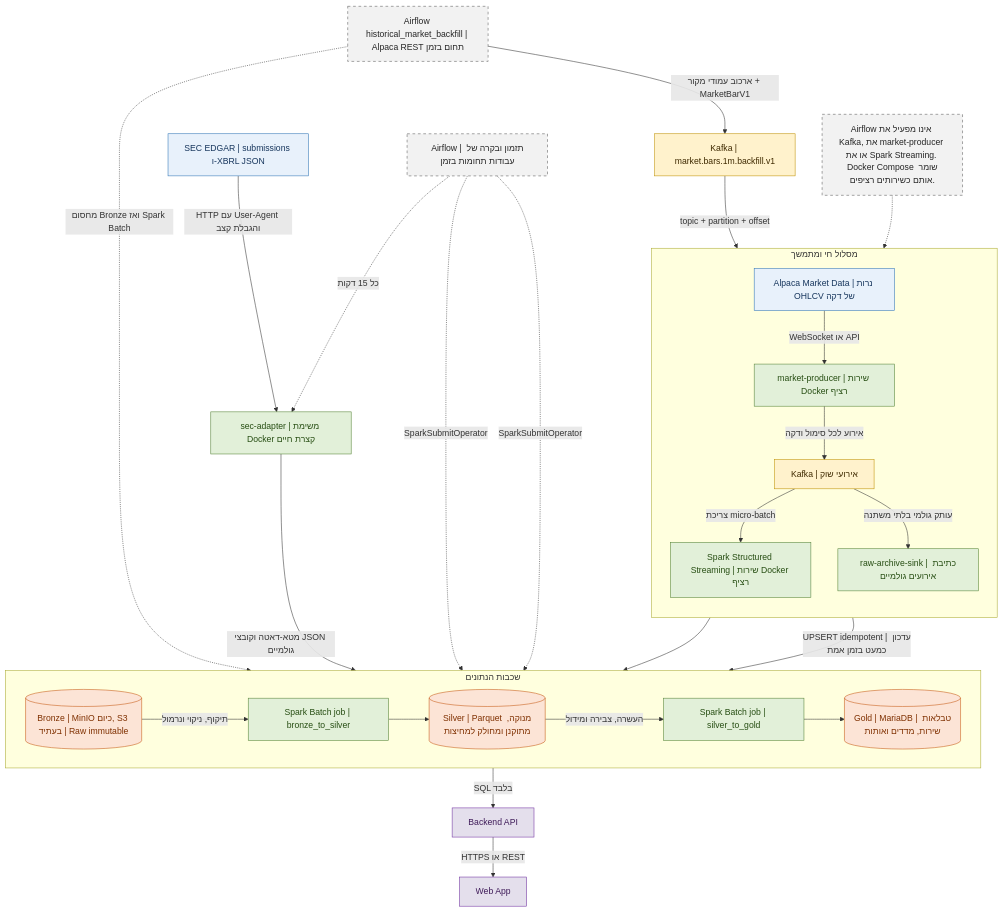
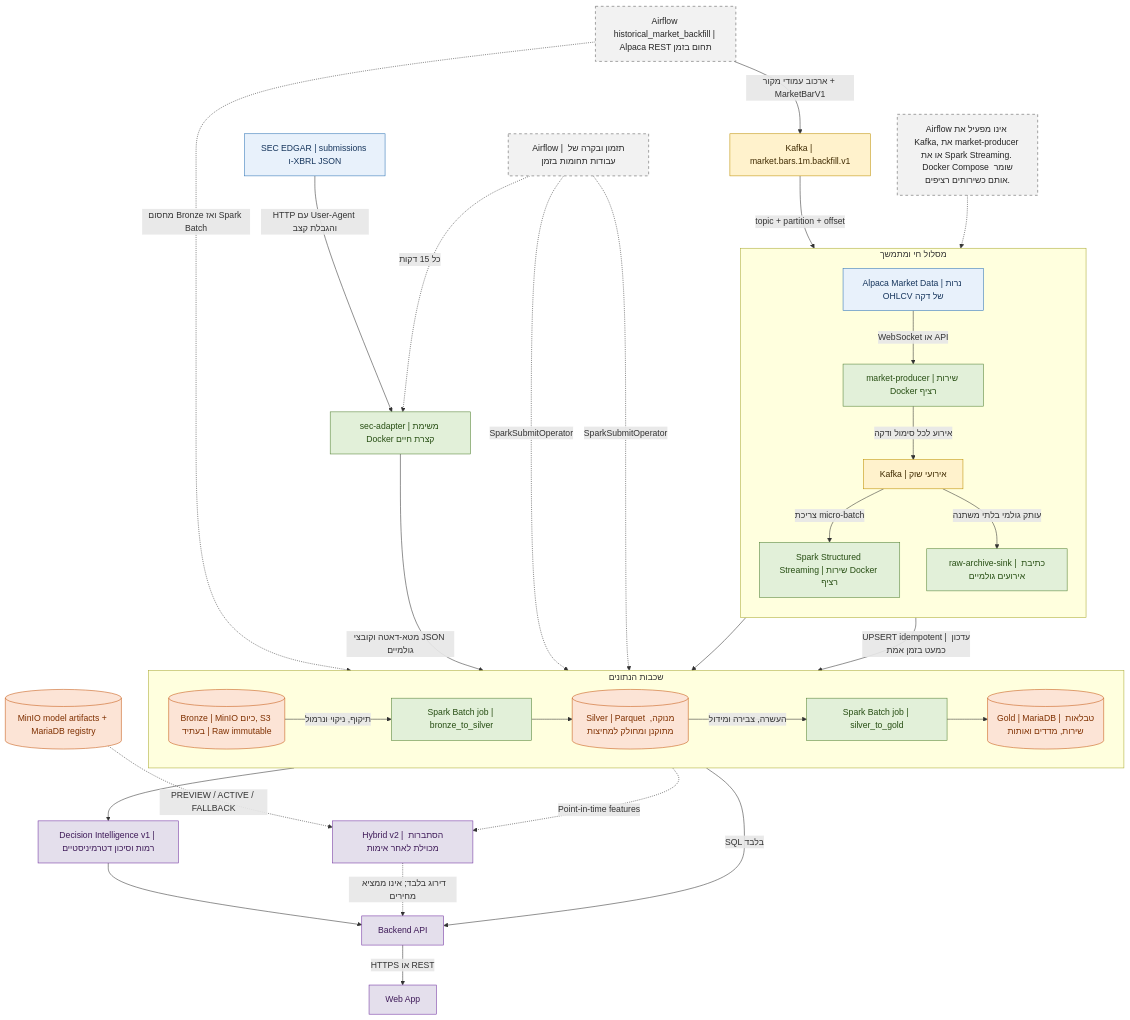
One commit to amihaygr/MarketPilot changed the diagram in docs/architecture/diagrams/marketpilot-data-flow.mmd. Above: the diagram before and after it, drawn with Mermaid. The commit also changed 38 other files, not shown here.

```diff
--- a/docs/architecture/diagrams/marketpilot-data-flow.mmd
+++ b/docs/architecture/diagrams/marketpilot-data-flow.mmd
@@ -1,65 +1,74 @@
 flowchart TB
     classDef source fill:#E8F1FB,stroke:#2E74B5,color:#17365D,stroke-width:1px
     classDef transport fill:#FFF2CC,stroke:#BF9000,color:#3F2A00,stroke-width:1px
     classDef compute fill:#E2F0D9,stroke:#548235,color:#274E13,stroke-width:1px
     classDef storage fill:#FCE4D6,stroke:#C65911,color:#7F3000,stroke-width:1px
     classDef serving fill:#E4DFEC,stroke:#7030A0,color:#3F1B59,stroke-width:1px
     classDef control fill:#F2F2F2,stroke:#595959,color:#262626,stroke-width:1px,stroke-dasharray:5 5
 
     subgraph LIVE["מסלול חי ומתמשך"]
         direction TB
         alpaca["Alpaca Market Data | נרות OHLCV של דקה"]
         producer["market-producer | שירות Docker רציף"]
         kafka["Kafka | אירועי שוק"]
         stream["Spark Structured Streaming | שירות Docker רציף"]
         rawsink["raw-archive-sink | כתיבת אירועים גולמיים"]
         alpaca -->|"WebSocket או API"| producer
         producer -->|"אירוע לכל סימול ודקה"| kafka
         kafka -->|"צריכת micro-batch"| stream
         kafka -->|"עותק גולמי בלתי משתנה"| rawsink
     end
 
     subgraph MEDALLION["שכבות הנתונים"]
         direction LR
         bronze[("Bronze | MinIO כיום, S3 בעתיד | Raw immutable")]
         b2sjob["Spark Batch job | bronze_to_silver"]
         silver[("Silver | Parquet מנוקה, מתוקנן ומחולק למחיצות")]
         s2gjob["Spark Batch job | silver_to_gold"]
         gold[("Gold | MariaDB | טבלאות שירות, מדדים ואותות")]
         bronze -->|"תיקוף, ניקוי ונרמול"| b2sjob --> silver
         silver -->|"העשרה, צבירה ומידול"| s2gjob --> gold
     end
 
     rawsink --> bronze
     stream -->|"UPSERT idempotent | עדכון כמעט בזמן אמת"| gold
 
     historical["Airflow historical_market_backfill | Alpaca REST תחום בזמן"]
     backfilltopic["Kafka | market.bars.1m.backfill.v1"]
     historical -->|"ארכוב עמודי מקור + MarketBarV1"| backfilltopic
     backfilltopic -->|"topic + partition + offset"| rawsink
     historical -. "מחסום Bronze ואז Spark Batch" .-> b2sjob
 
     sec["SEC EDGAR | submissions ו-XBRL JSON"]
     secjob["sec-adapter | משימת Docker קצרת חיים"]
     sec -->|"HTTP עם User-Agent והגבלת קצב"| secjob
     secjob -->|"מטא-דאטה וקובצי JSON גולמיים"| bronze
 
     airflow["Airflow | תזמון ובקרה של עבודות תחומות בזמן"]
     airflow -. "כל 15 דקות" .-> secjob
     airflow -. "SparkSubmitOperator" .-> b2sjob
     airflow -. "SparkSubmitOperator" .-> s2gjob
 
     api["Backend API"]
     web["Web App"]
     gold -->|"SQL בלבד"| api
     api -->|"HTTPS או REST"| web
 
+    rules["Decision Intelligence v1 | רמות וסיכון דטרמיניסטיים"]
+    model["Hybrid v2 | הסתברות מכוילת לאחר אימות"]
+    registry[("MinIO model artifacts + MariaDB registry")]
+    gold --> rules --> api
+    gold -. "Point-in-time features" .-> model
+    registry -. "PREVIEW / ACTIVE / FALLBACK" .-> model
+    model -. "דירוג בלבד; אינו ממציא מחירים" .-> api
+
     note["Airflow אינו מפעיל את Kafka, את market-producer או את Spark Streaming. Docker Compose שומר אותם כשירותים רציפים."]
     note -.-> stream
 
     class alpaca,sec source
     class kafka,backfilltopic transport
     class producer,stream,rawsink,secjob,b2sjob,s2gjob compute
     class bronze,silver,gold storage
-    class api,web serving
+    class api,web,rules,model serving
+    class registry storage
     class airflow,historical,note control
```
